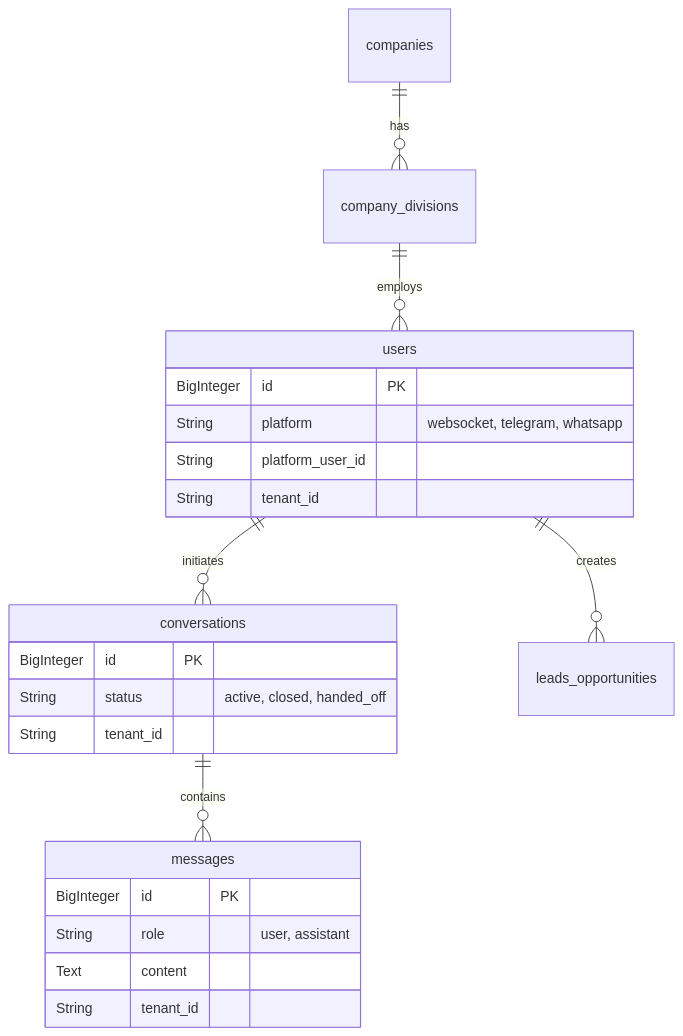
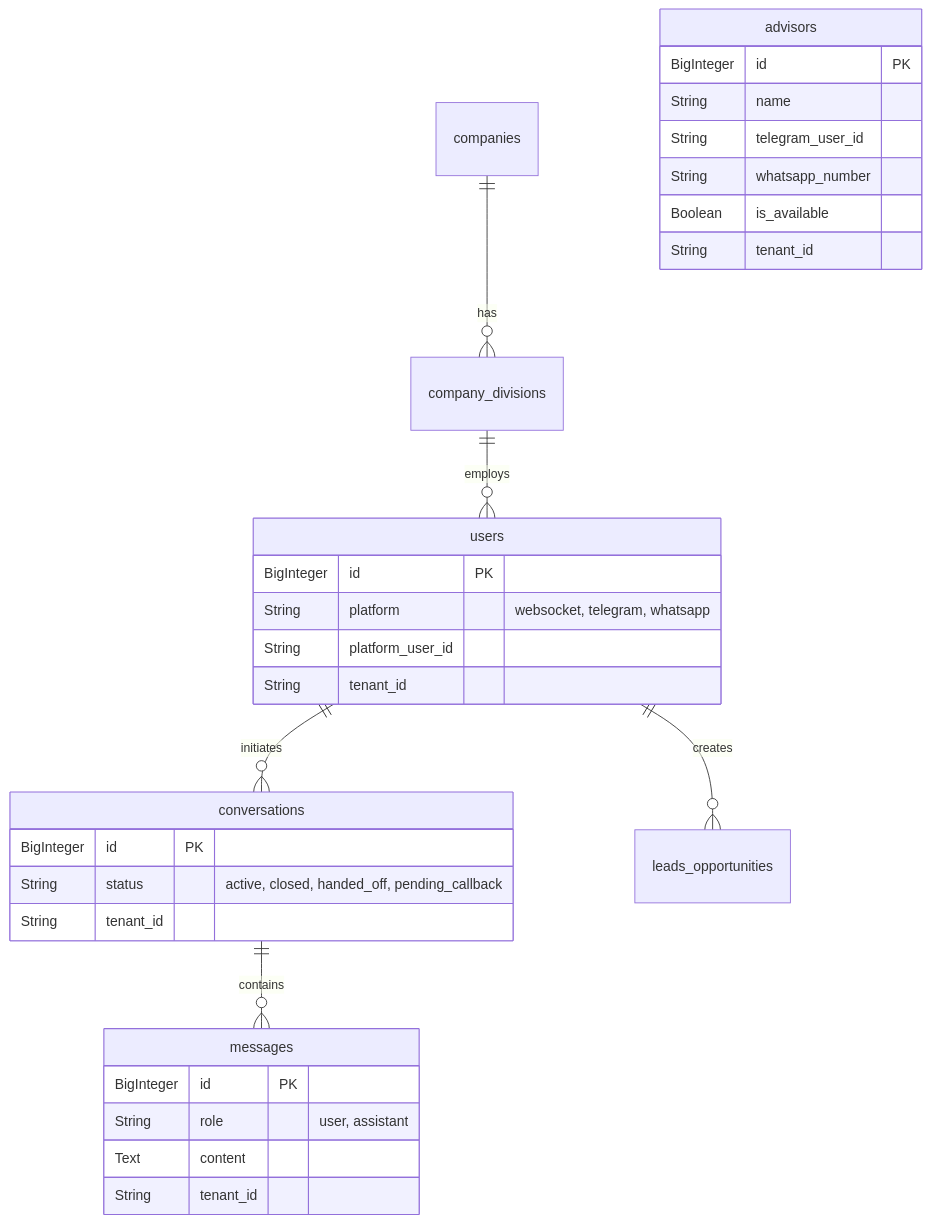
The diagram in README.md (rojecas/Agent-Commercial), drawn with Mermaid before and after one commit. The commit also changed other lines of this file, not shown here.

First line of the commit message:
docs: README limpio — HandoffService, Roadmap y tabla advisors en schema

````diff
--- a/README.md
+++ b/README.md
@@ -56,26 +81,34 @@
 ```mermaid
 erDiagram
     companies ||--o{ company_divisions : "has"
     company_divisions ||--o{ users : "employs"
     users ||--o{ conversations : "initiates"
     conversations ||--o{ messages : "contains"
     users ||--o{ leads_opportunities : "creates"
 
     users {
         BigInteger id PK
         String platform "websocket, telegram, whatsapp"
         String platform_user_id
         String tenant_id
     }
     conversations {
         BigInteger id PK
-        String status "active, closed, handed_off"
+        String status "active, closed, handed_off, pending_callback"
         String tenant_id
     }
     messages {
         BigInteger id PK
         String role "user, assistant"
         Text content
         String tenant_id
     }
+    advisors {
+        BigInteger id PK
+        String name
+        String telegram_user_id
+        String whatsapp_number
+        Boolean is_available
+        String tenant_id
+    }
 ```
````
